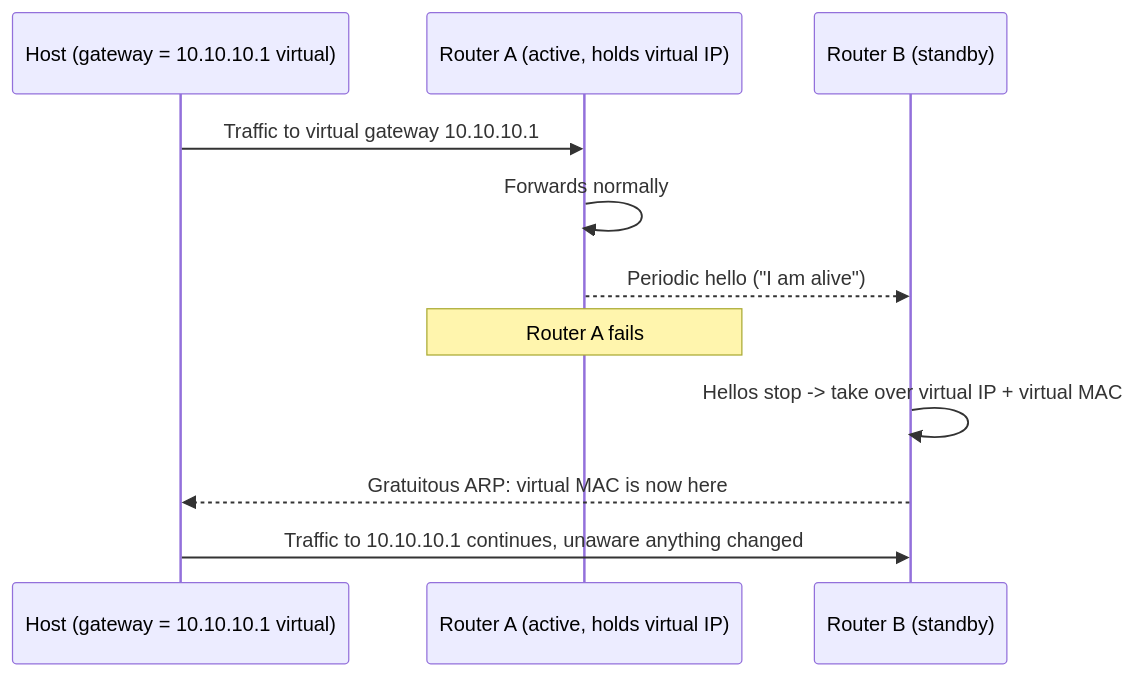
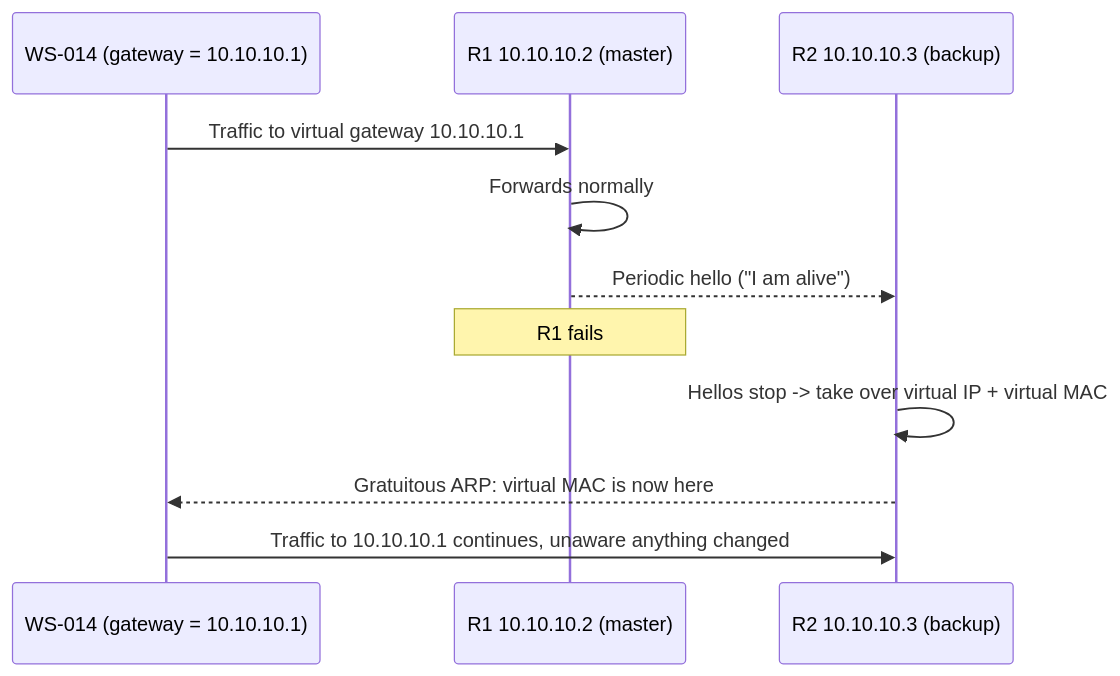
One commit to nnr-root/cybersec-crook2root-notes changed the diagram in Networking/Routing & the Network Layer/First-Hop Redundancy & Gateway Failover.md. Above: the diagram before and after it, drawn with Mermaid. The commit also changed other lines of this file and 3 other files, not shown here.

````diff
--- a/Networking/Routing & the Network Layer/First-Hop Redundancy & Gateway Failover.md
+++ b/Networking/Routing & the Network Layer/First-Hop Redundancy & Gateway Failover.md
@@ -47,13 +59,13 @@
 ```mermaid
 sequenceDiagram
-    participant H as Host (gateway = 10.10.10.1 virtual)
-    participant A as Router A (active, holds virtual IP)
-    participant B as Router B (standby)
+    participant H as WS-014 (gateway = 10.10.10.1)
+    participant A as R1 10.10.10.2 (master)
+    participant B as R2 10.10.10.3 (backup)
     H->>A: Traffic to virtual gateway 10.10.10.1
     A->>A: Forwards normally
     A-->>B: Periodic hello ("I am alive")
-    Note over A: Router A fails
+    Note over A: R1 fails
     B->>B: Hellos stop -> take over virtual IP + virtual MAC
     B-->>H: Gratuitous ARP: virtual MAC is now here
     H->>B: Traffic to 10.10.10.1 continues, unaware anything changed
 ```
````
